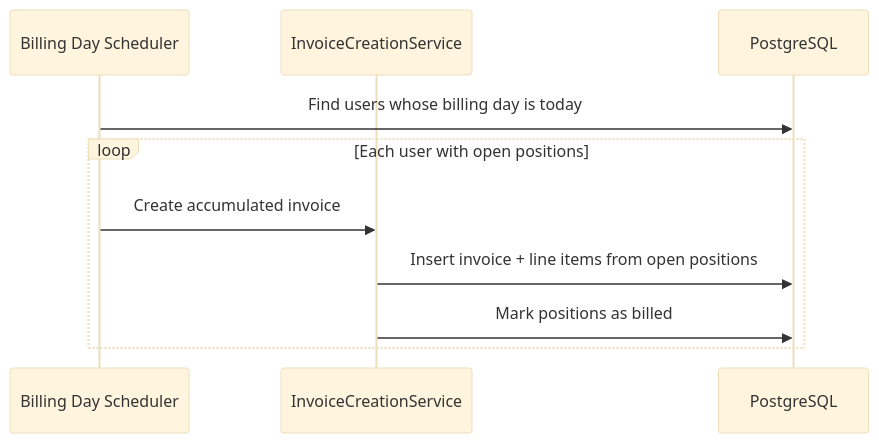
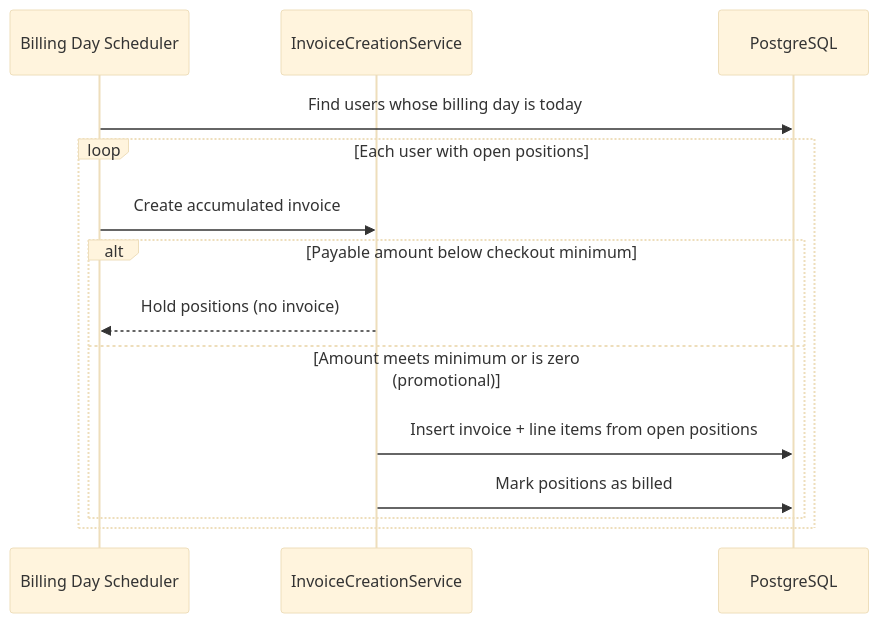
One commit to forepath/one changed the diagram in docs/decabill/features/invoices.md. Above: the diagram before and after it, drawn with Mermaid (base theme). The commit also changed other lines of this file and 78 other files, not shown here.

````diff
--- a/docs/decabill/features/invoices.md
+++ b/docs/decabill/features/invoices.md
@@ -30,13 +32,17 @@
 ```mermaid
 sequenceDiagram
     participant Sched as Billing Day Scheduler
     participant API as InvoiceCreationService
     participant DB as PostgreSQL
 
     Sched->>DB: Find users whose billing day is today
     loop Each user with open positions
         Sched->>API: Create accumulated invoice
-        API->>DB: Insert invoice + line items from open positions
-        API->>DB: Mark positions as billed
+        alt Payable amount below checkout minimum
+            API-->>Sched: Hold positions (no invoice)
+        else Amount meets minimum or is zero (promotional)
+            API->>DB: Insert invoice + line items from open positions
+            API->>DB: Mark positions as billed
+        end
     end
 ```
````
